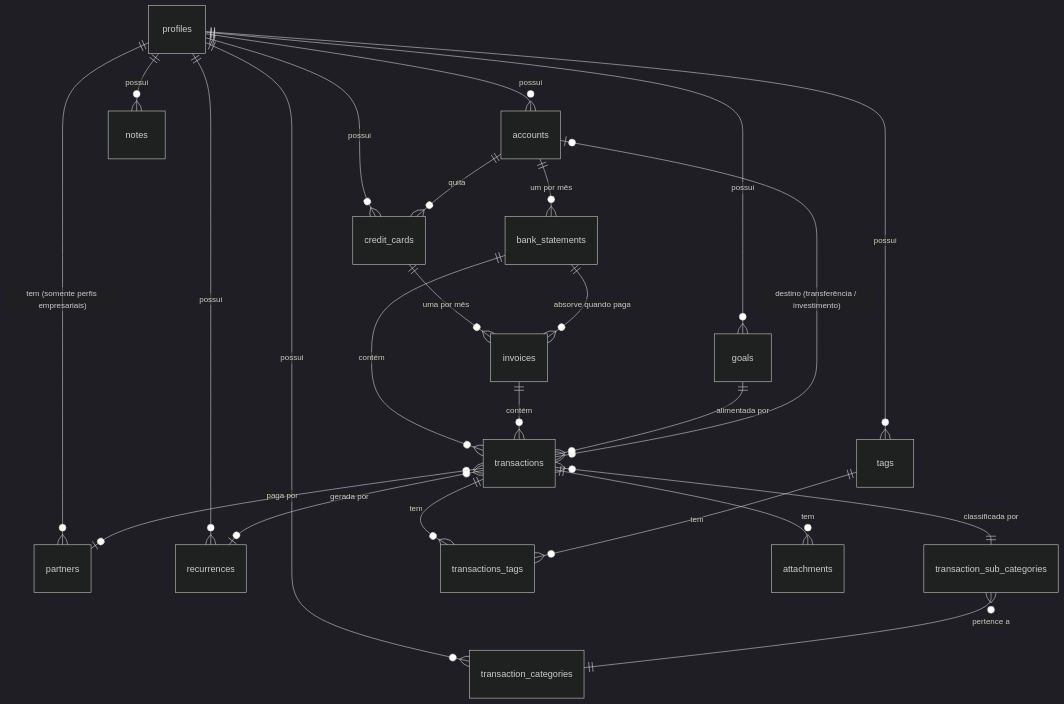
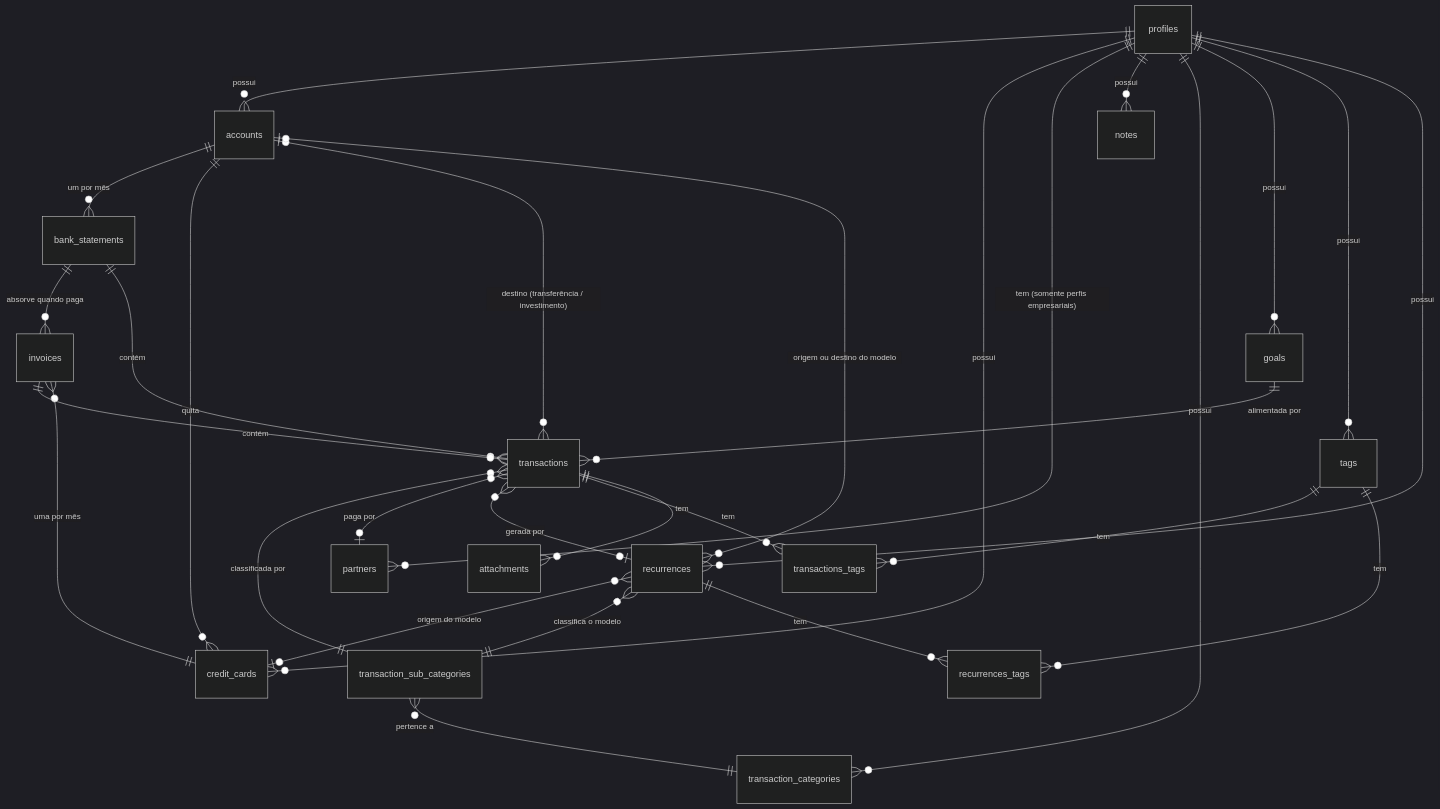
The diagram in docs/plans/database-design.md (olliveiragusttavo/finance), drawn with Mermaid (dark theme) before and after one commit. The commit also changed other lines of this file and 87 other files, not shown here.

````diff
--- a/docs/plans/database-design.md
+++ b/docs/plans/database-design.md
@@ -41,32 +42,38 @@
 ```mermaid
 erDiagram
     profiles ||--o{ accounts : "possui"
     profiles ||--o{ credit_cards : "possui"
     profiles ||--o{ partners : "tem (somente perfis empresariais)"
     profiles ||--o{ notes : "possui"
     profiles ||--o{ transaction_categories : "possui"
     profiles ||--o{ goals : "possui"
     profiles ||--o{ tags : "possui"
     profiles ||--o{ recurrences : "possui"
 
     accounts ||--o{ bank_statements : "um por mês"
     accounts ||--o{ credit_cards : "quita"
 
     credit_cards ||--o{ invoices : "uma por mês"
     bank_statements ||--o{ invoices : "absorve quando paga"
 
     bank_statements ||--o{ transactions : "contém"
     invoices ||--o{ transactions : "contém"
 
     transactions }o--|| transaction_sub_categories : "classificada por"
     transaction_sub_categories }o--|| transaction_categories : "pertence a"
 
     transactions }o--o| accounts : "destino (transferência / investimento)"
     transactions }o--o| partners : "paga por"
     transactions }o--o| recurrences : "gerada por"
     transactions ||--o{ transactions_tags : "tem"
     tags ||--o{ transactions_tags : "tem"
     transactions ||--o{ attachments : "tem"
 
+    recurrences }o--o| accounts : "origem ou destino do modelo"
+    recurrences }o--o| credit_cards : "origem do modelo"
+    recurrences }o--|| transaction_sub_categories : "classifica o modelo"
+    recurrences ||--o{ recurrences_tags : "tem"
+    tags ||--o{ recurrences_tags : "tem"
+
     goals ||--o{ transactions : "alimentada por"
 ```
````
